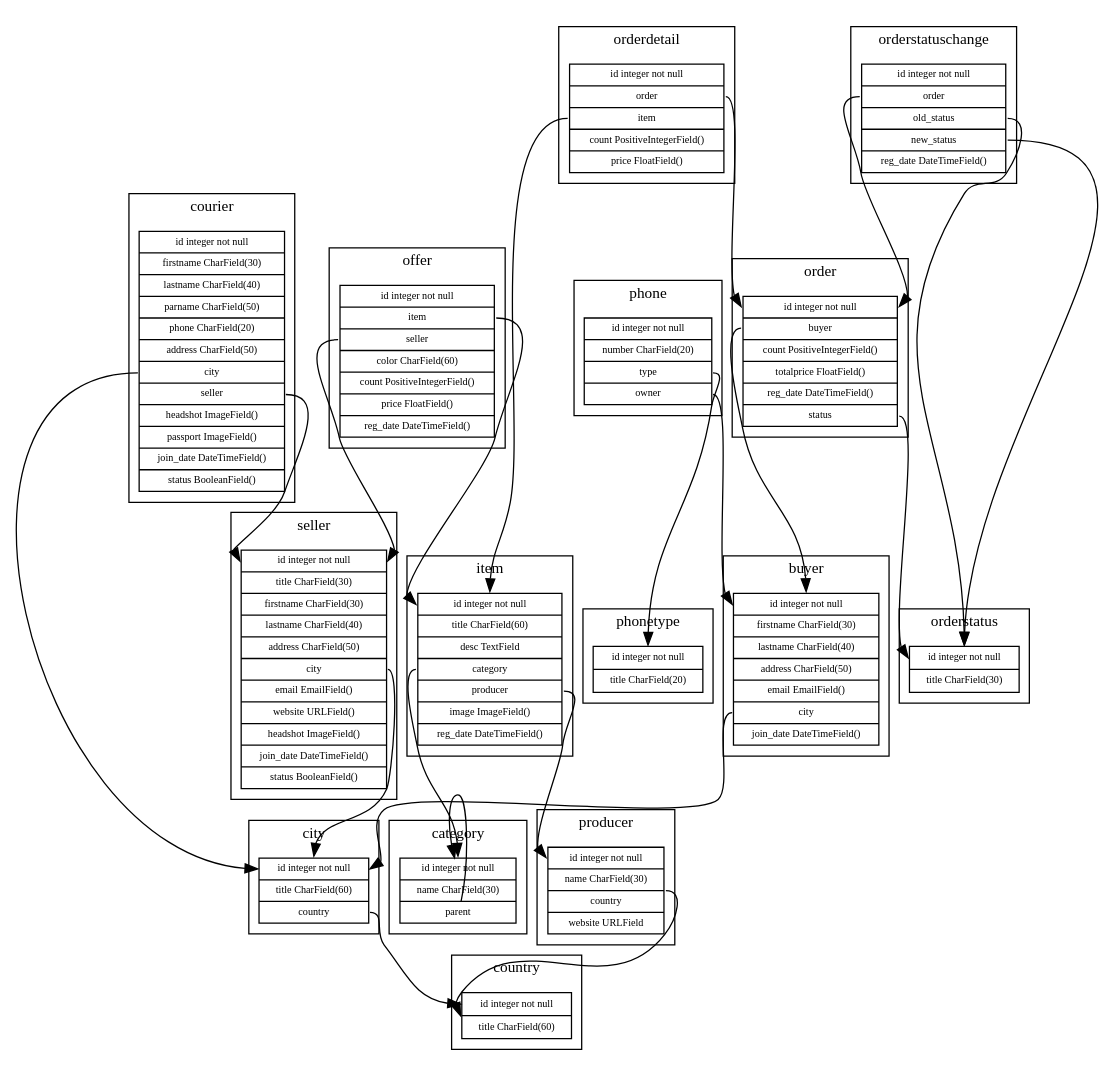
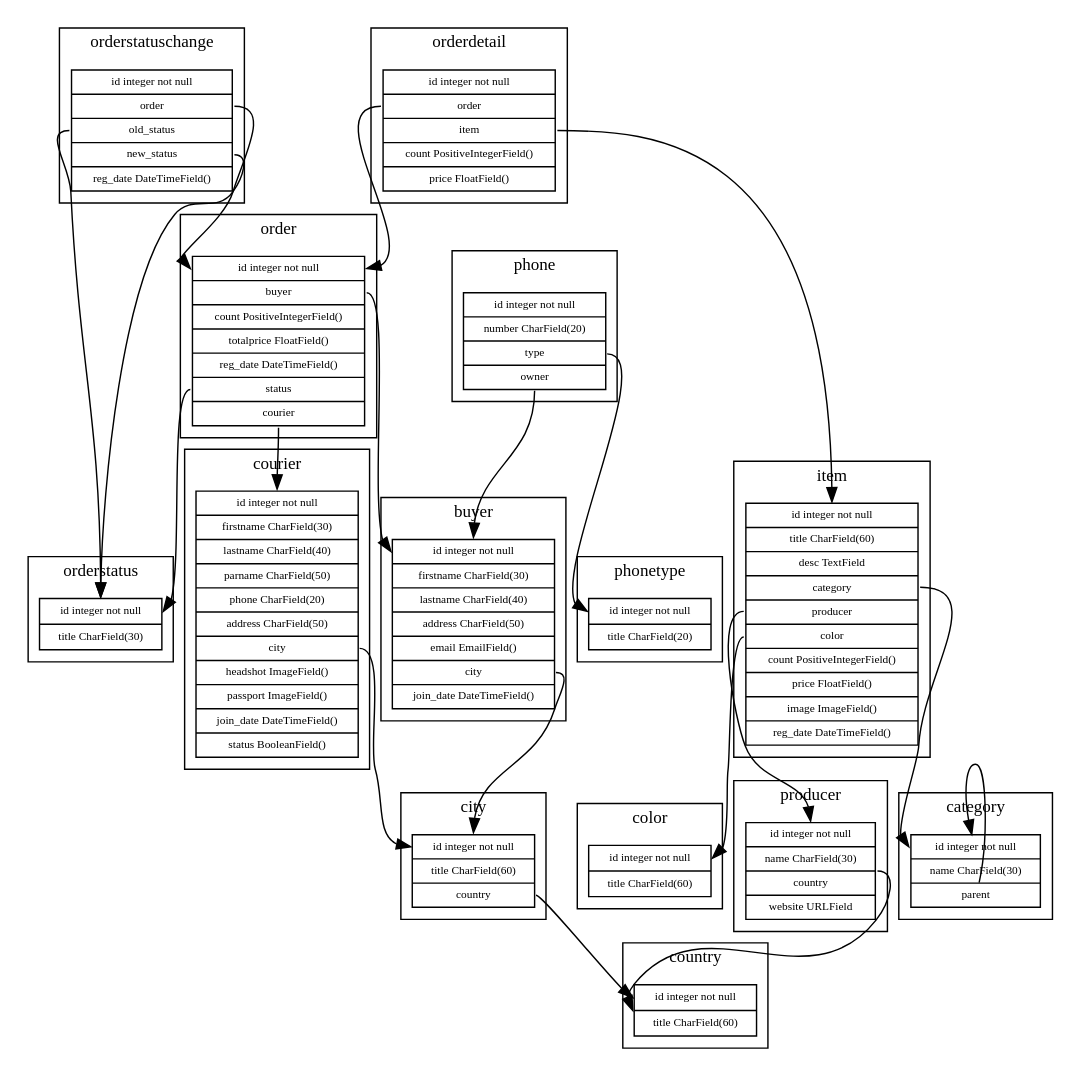
Before and after one commit to RaD/moiluchru: the diagram in schemas/cargo.dot, drawn with Graphviz. The commit also changed 31 other files, not shown here.

```diff
--- a/schemas/cargo.dot
+++ b/schemas/cargo.dot
@@ -1,73 +1,68 @@
 digraph G {
 	graph [rankdir = "TB", compound=true, ratio=compress, size="12,10", 
 		remincross=true, center=true];
 	node [shape=plaintext, fontname="Verdana", fontsize=8];
 	edge [arrowsize=1, color=black, fontname="Verdana", fontsize=8];
 	
+subgraph cluster_color {label="color"; labelloc="t"; fontname="Verdana"; fontsize=12; color};
+color [shape=record, label="{<id> id integer not null|title CharField(60)}"]
+
+subgraph cluster_countries {label="country"; labelloc="t"; fontname="Verdana"; fontsize=12; countries};
+countries [shape=record, label="{<id>id integer not null|title CharField(60)}"]
+
+subgraph cluster_cities {label="city"; labelloc="t"; fontname="Verdana"; fontsize=12; cities};
+cities [shape=record, label="{<id>id integer not null|title CharField(60)|<country> country}"]
+
 subgraph cluster_producers {label="producer"; labelloc="t"; fontname="Verdana"; fontsize=12; producers};
 producers [shape=record, label="{<id> id integer not null|name CharField(30)|<country> country|website URLField}"]
 
 subgraph cluster_categories {label="category"; labelloc="t"; fontname="Verdana"; fontsize=12; categories};
 categories [shape=record, label="{<id> id integer not null|name CharField(30)|<parent> parent}"]
 
 subgraph cluster_items {label="item"; labelloc="t"; fontname="Verdana"; fontsize=12; items};
-items [shape=record, label="{<id> id integer not null|title CharField(60)|desc TextField|<category> category|<producer> producer|image ImageField()|reg_date DateTimeField()}"]
+items [shape=record, label="{<id> id integer not null|title CharField(60)|desc TextField|<category> category|<producer> producer|<color> color|count PositiveIntegerField()|price FloatField()|image ImageField()|reg_date DateTimeField()}"]
 
-subgraph cluster_offers {label="offer"; labelloc="t"; fontname="Verdana"; fontsize=12; offers};
-offers [shape=record, label="{<id> id integer not null|<item> item|<seller> seller|color CharField(60)|count PositiveIntegerField()|price FloatField()|reg_date DateTimeField()}"]
+subgraph cluster_buyers {label="buyer"; labelloc="t"; fontname="Verdana"; fontsize=12; buyers};
+buyers [shape=record, label="{<id>id integer not null|firstname CharField(30)|lastname CharField(40)|address CharField(50)|email EmailField()|<city> city|join_date DateTimeField()}"]
+
+subgraph cluster_orderstatus {label="orderstatus"; labelloc="t"; fontname="Verdana"; fontsize=12; orderstatus};
+orderstatus [shape=record, label="{<id>id integer not null|title CharField(30)}"]
 
 subgraph cluster_orders {label="order"; labelloc="t"; fontname="Verdana"; fontsize=12; orders};
-orders [shape=record, label="{<id>id integer not null|<buyer> buyer|count PositiveIntegerField()|totalprice FloatField()|reg_date DateTimeField()|<status> status}"]
+orders [shape=record, label="{<id>id integer not null|<buyer> buyer|count PositiveIntegerField()|totalprice FloatField()|reg_date DateTimeField()|<status> status|<courier> courier}"]
 
 subgraph cluster_orderdetails {label="orderdetail"; labelloc="t"; fontname="Verdana"; fontsize=12; orderdetails};
 orderdetails [shape=record, label="{<id>id integer not null|<order> order|<item> item|count PositiveIntegerField()|price FloatField()}"]
 
-subgraph cluster_orderstatus {label="orderstatus"; labelloc="t"; fontname="Verdana"; fontsize=12; orderstatus};
-orderstatus [shape=record, label="{<id>id integer not null|title CharField(30)}"]
-
 subgraph cluster_orderstatuschanges {label="orderstatuschange"; labelloc="t"; fontname="Verdana"; fontsize=12; orderstatuschanges};
 orderstatuschanges [shape=record, label="{<id>id integer not null|<order> order|<old_status> old_status|<new_status> new_status|reg_date DateTimeField()}"]
 
-subgraph cluster_buyers {label="buyer"; labelloc="t"; fontname="Verdana"; fontsize=12; buyers};
-buyers [shape=record, label="{<id>id integer not null|firstname CharField(30)|lastname CharField(40)|address CharField(50)|email EmailField()|<city> city|join_date DateTimeField()}"]
+subgraph cluster_couriers {label="courier"; labelloc="t"; fontname="Verdana"; fontsize=12; couriers};
+couriers [shape=record, label="{<id> id integer not null|firstname CharField(30)|lastname CharField(40)|parname CharField(50)|phone CharField(20)|address CharField(50)|<city> city|headshot ImageField()|passport ImageField()|join_date DateTimeField()|status BooleanField()}"]
 
-subgraph cluster_sellers {label="seller"; labelloc="t"; fontname="Verdana"; fontsize=12; sellers};
-sellers [shape=record, label="{<id> id integer not null|title CharField(30)|firstname CharField(30)|lastname CharField(40)|address CharField(50)|<city> city|email EmailField()|website URLField()|headshot ImageField()|join_date DateTimeField()|status BooleanField()}"]
-
-subgraph cluster_couriers {label="courier"; labelloc="t"; fontname="Verdana"; fontsize=12; couriers};
-couriers [shape=record, label="{<id> id integer not null|firstname CharField(30)|lastname CharField(40)|parname CharField(50)|phone CharField(20)|address CharField(50)|<city> city|<seller> seller|headshot ImageField()|passport ImageField()|join_date DateTimeField()|status BooleanField()}"]
-
-subgraph cluster_countries {label="country"; labelloc="t"; fontname="Verdana"; fontsize=12; countries};
-countries [shape=record, label="{<id>id integer not null|title CharField(60)}"]
-
-subgraph cluster_cities {label="city"; labelloc="t"; fontname="Verdana"; fontsize=12; cities};
-cities [shape=record, label="{<id>id integer not null|title CharField(60)|<country> country}"]
+subgraph cluster_phonetypes {label="phonetype"; labelloc="t"; fontname="Verdana"; fontsize=12; phonetypes};
+phonetypes [shape=record, label="{<id>id integer not null|title CharField(20)}"]
 
 subgraph cluster_phones {label="phone"; labelloc="t"; fontname="Verdana"; fontsize=12; phones};
 phones [shape=record, label="{<id>id integer not null|number CharField(20)|<type> type|<owner> owner}"]
-
-subgraph cluster_phonetypes {label="phonetype"; labelloc="t"; fontname="Verdana"; fontsize=12; phonetypes};
-phonetypes [shape=record, label="{<id>id integer not null|title CharField(20)}"]
 
 producers:country -> countries:id [tailport=e, headport=w];
 categories:parent -> categories:id;
 items:category -> categories:id;
 items:producer -> producers:id;
-offers:item -> items:id;
-offers:seller -> sellers:id;
+items:color -> color:id;
 orders:buyer -> buyers:id;
 orders:status -> orderstatus:id;
+orders:courier -> couriers:id;
 orderdetails:order -> orders:id;
 orderdetails:item -> items:id;
 orderstatuschanges:order -> orders:id;
 orderstatuschanges:old_status -> orderstatus:id;
 orderstatuschanges:new_status -> orderstatus:id;
 buyers:city -> cities:id;
-sellers:city -> cities:id;
 couriers:city -> cities:id;
-couriers:seller -> sellers:id;
 cities:country -> countries:id;
 phones:type -> phonetypes:id;
 phones:owner -> buyers:id;
 
 }
```
